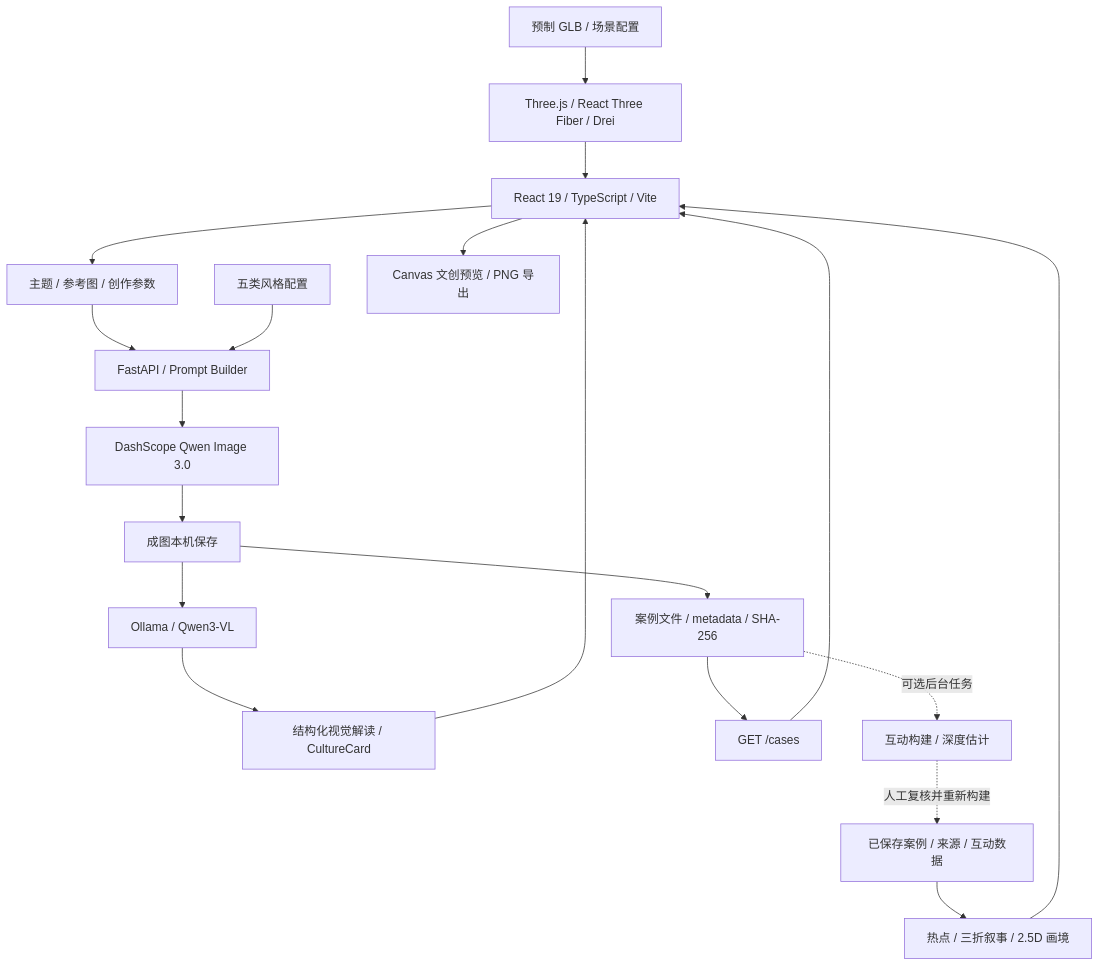
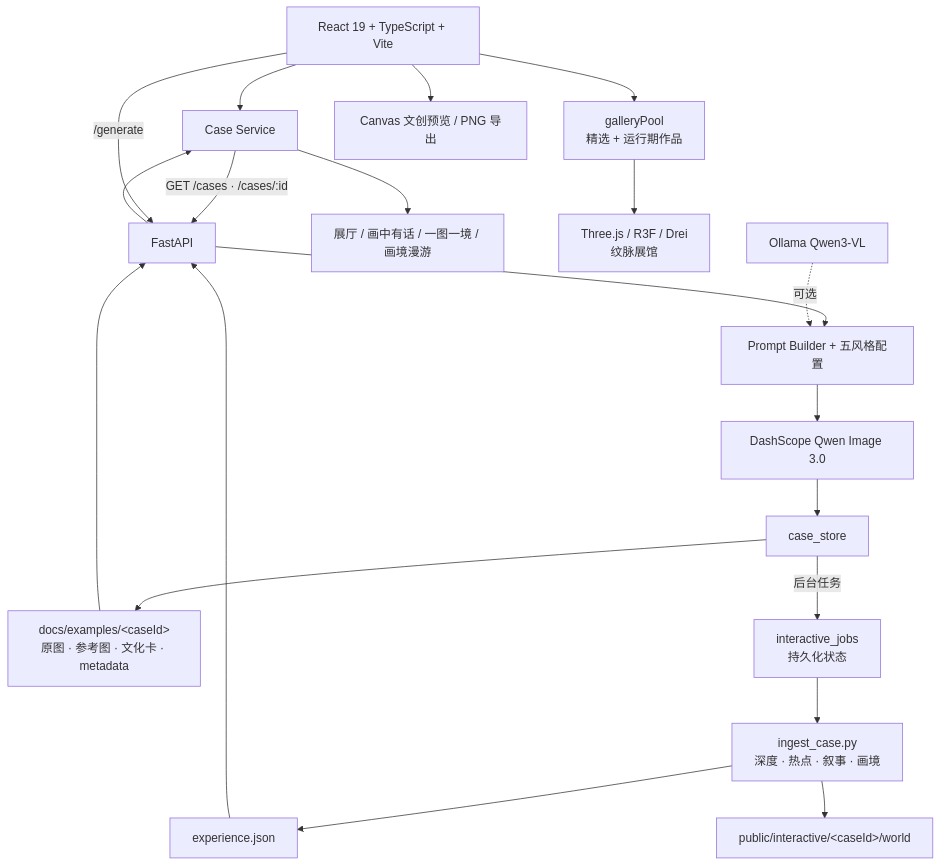
One commit to 3331083641-prog/wenmai-huazhang changed the second of 2 diagrams in README.md. Above: the diagram before and after it, drawn with Mermaid. The commit also changed other lines of this file and 50 other files, not shown here.

````diff
--- a/README.md
+++ b/README.md
@@ -119,21 +146,22 @@
 ```mermaid
 flowchart TD
-  UI[React 19 / TypeScript / Vite] --> INPUT[主题 / 参考图 / 创作参数]
-  INPUT --> API[FastAPI / Prompt Builder]
-  STYLE[五类风格配置] --> API
-  API --> QI[DashScope Qwen Image 3.0]
-  QI --> IMG[成图本机保存]
-  IMG --> VL[Ollama / Qwen3-VL]
-  VL --> CARD[结构化视觉解读 / CultureCard]
-  CARD --> UI
-  IMG --> CASE[案例文件 / metadata / SHA-256]
-  CASE --> LIST[GET /cases]
-  LIST --> UI
+  UI[React 19 + TypeScript + Vite] --> CS[Case Service]
+  CS -->|GET /cases · /cases/:id| API[FastAPI]
+  UI -->|/generate| API
+  API --> PB[Prompt Builder + 五风格配置]
+  PB --> QI[DashScope Qwen Image 3.0]
+  QI --> STORE[case_store]
+  STORE --> EX[docs/examples/&lt;caseId&gt;<br/>原图 · 参考图 · 文化卡 · metadata]
+  STORE -->|后台任务| JOBS[interactive_jobs<br/>持久化状态]
+  JOBS --> INGEST[ingest_case.py<br/>深度 · 热点 · 叙事 · 画境]
+  INGEST --> EXP[experience.json]
+  INGEST --> WORLD[public/interactive/&lt;caseId&gt;/world]
+  EX --> API
+  EXP --> API
+  API --> CS
+  CS --> PAGES[展厅 / 画中有话 / 一图一境 / 画境漫游]
+  UI --> POOL[galleryPool<br/>精选 + 运行期作品]
+  POOL --> THREE[Three.js / R3F / Drei<br/>纹脉展馆]
   UI --> PRODUCT[Canvas 文创预览 / PNG 导出]
-  SAVED[已保存案例 / 来源 / 互动数据] --> READING[热点 / 三折叙事 / 2.5D 画境]
-  READING --> UI
-  GLB[预制 GLB / 场景配置] --> THREE[Three.js / React Three Fiber / Drei]
-  THREE --> UI
-  CASE -.可选后台任务.-> INGEST[互动构建 / 深度估计]
-  INGEST -.人工复核并重新构建.-> SAVED
+  VL[Ollama Qwen3-VL] -.可选.-> PB
 ```
````
